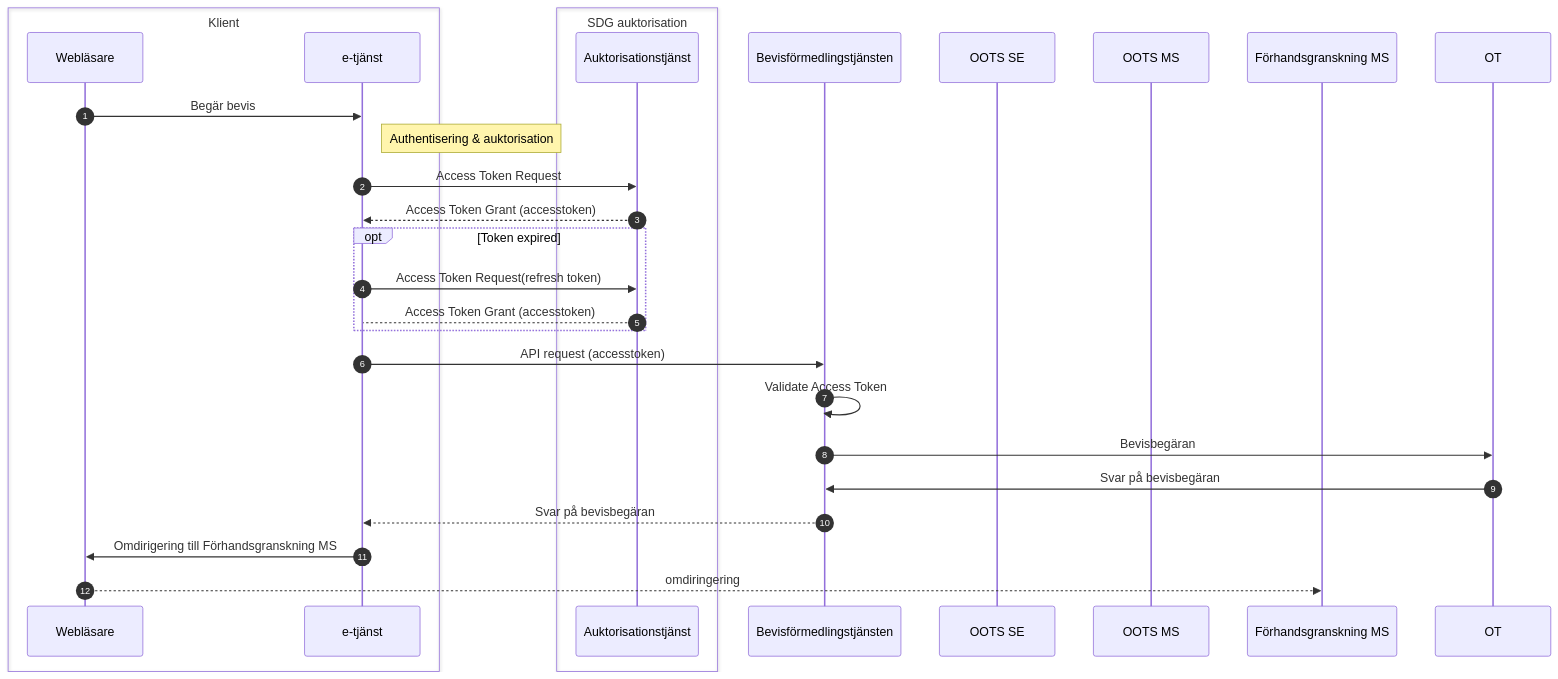
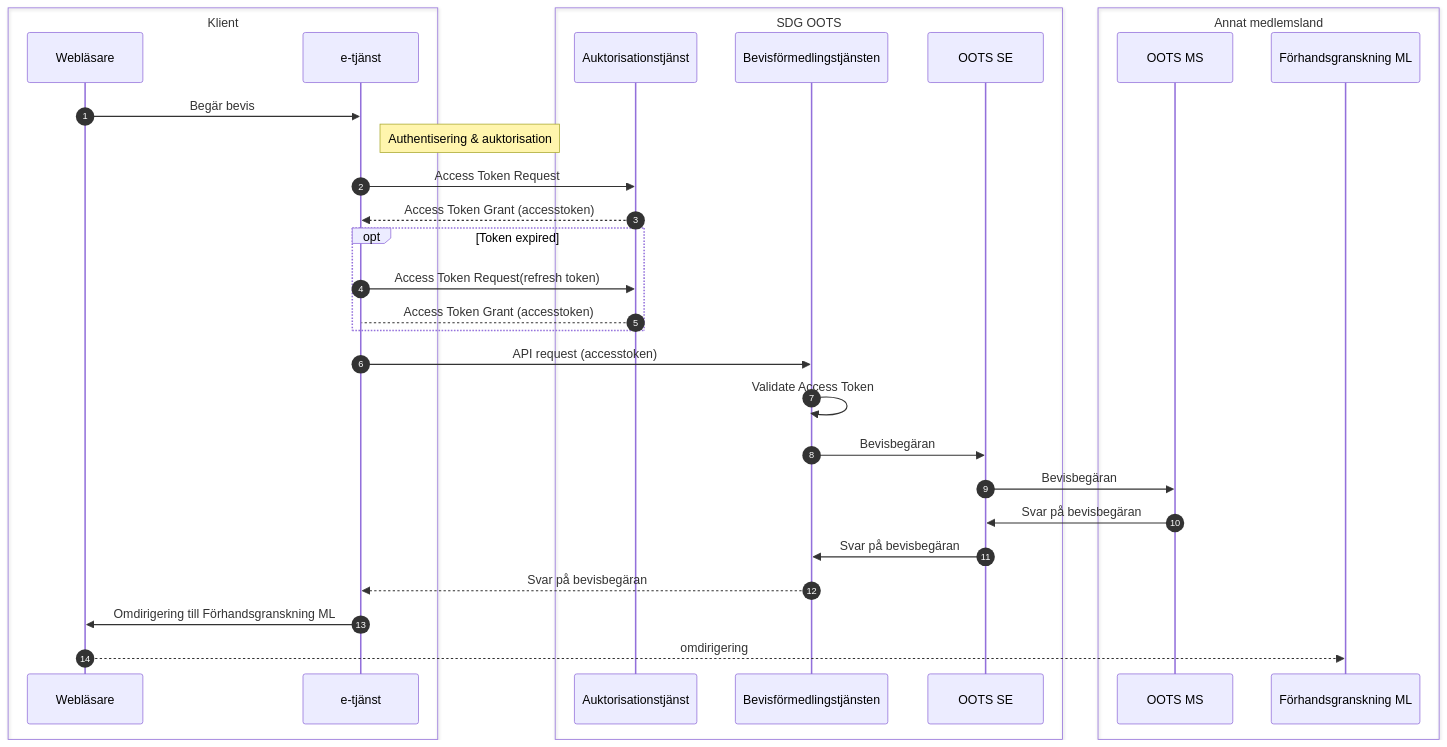
Before and after one commit to diggsweden/sdg-authorization: the third of 4 diagrams in docs/sequence.md, drawn with Mermaid. The commit also changed other lines of this file, not shown here.

Commit message:
fix sequence

````diff
--- a/docs/sequence.md
+++ b/docs/sequence.md
@@ -43,30 +43,35 @@
 ```mermaid
 sequenceDiagram
 autonumber
 box Klient
 participant W as Webläsare
 participant OF as e-tjänst
 end
-box SDG auktorisation
+box SDG OOTS
 participant AT as Auktorisationstjänst
-end
+
 participant BT as Bevisförmedlingstjänsten 
 participant OTSE as OOTS SE
+end
+box Annat medlemsland
 participant OTMS as OOTS MS
-participant MSOF as Förhandsgranskning MS
+participant MSOF as Förhandsgranskning ML
+end
 W->>OF: Begär bevis
 Note right of OF: Authentisering & auktorisation
 OF->>AT: Access Token Request
 AT-->>OF: Access Token Grant (accesstoken)
 Opt Token expired
 OF->>AT: Access Token Request(refresh token)
 AT-->OF: Access Token Grant (accesstoken)
 end
 OF->>BT: API request (accesstoken)
 BT->>BT: Validate Access Token
-BT->>OT: Bevisbegäran
-OT->>BT: Svar på bevisbegäran
+BT->>OTSE: Bevisbegäran
+OTSE->>OTMS: Bevisbegäran
+OTMS->>OTSE: Svar på bevisbegäran
+OTSE->>BT: Svar på bevisbegäran
 BT-->>OF: Svar på bevisbegäran
-OF->>W: Omdirigering till Förhandsgranskning MS
-W-->>MSOF: omdiringering
+OF->>W: Omdirigering till Förhandsgranskning ML
+W-->>MSOF: omdirigering
 ```
````
